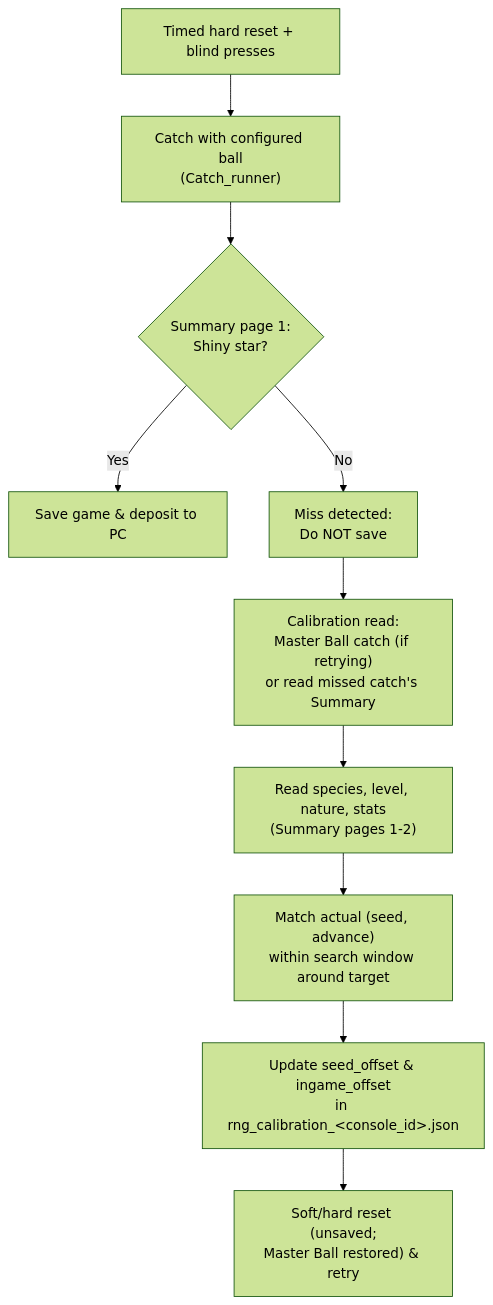
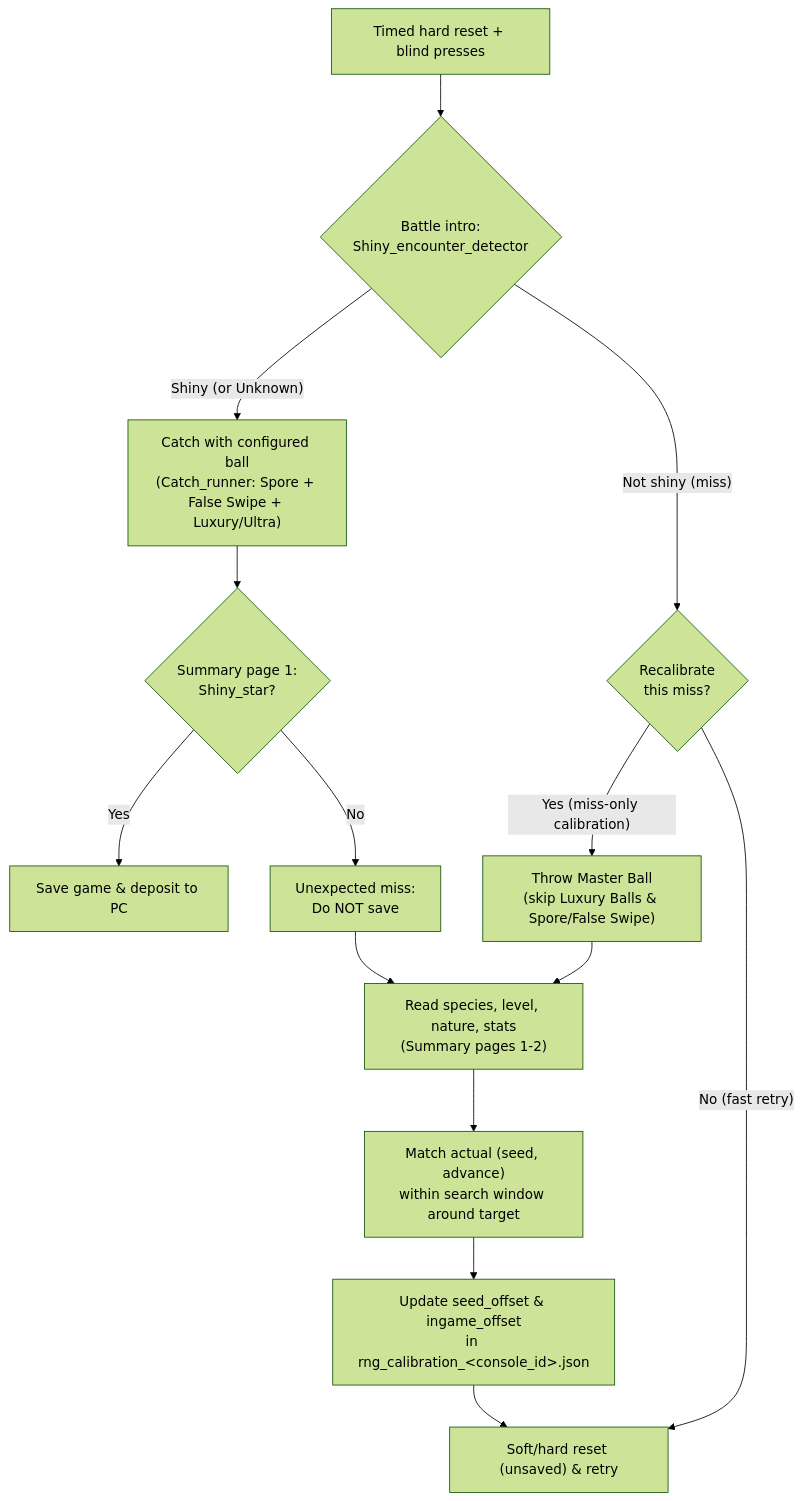
Before and after one commit to dayfine/GamePilot: the second of 2 diagrams in docs/design/FRLG-Dex-Collection.md, drawn with Mermaid (forest theme). The commit also changed other lines of this file, not shown here.

Commit message:
docs: drop National Dex framing and add FRLG visual battle-intro shiny detection

````diff
--- a/docs/design/FRLG-Dex-Collection.md
+++ b/docs/design/FRLG-Dex-Collection.md
@@ -222,12 +256,16 @@
 ```mermaid
 flowchart TD
-    A["Timed hard reset + blind presses"] --> B["Catch with configured ball<br/>(Catch_runner)"]
-    B --> C{"Summary page 1:<br/>Shiny star?"}
-    C -- Yes --> D["Save game & deposit to PC"]
-    C -- No --> E["Miss detected:<br/>Do NOT save"]
-    E --> F["Calibration read:<br/>Master Ball catch (if retrying)<br/>or read missed catch's Summary"]
-    F --> G["Read species, level, nature, stats<br/>(Summary pages 1-2)"]
-    G --> H["Match actual (seed, advance)<br/>within search window around target"]
-    H --> I["Update seed_offset & ingame_offset<br/>in rng_calibration_&lt;console_id&gt;.json"]
-    I --> J["Soft/hard reset (unsaved;<br/>Master Ball restored) & retry"]
+    A["Timed hard reset + blind presses"] --> B{"Battle intro:<br/>Shiny_encounter_detector"}
+    B -- "Shiny (or Unknown)" --> C["Catch with configured ball<br/>(Catch_runner: Spore + False Swipe + Luxury/Ultra)"]
+    C --> D{"Summary page 1:<br/>Shiny_star?"}
+    D -- Yes --> E["Save game & deposit to PC"]
+    D -- No --> F["Unexpected miss:<br/>Do NOT save"]
+    B -- "Not shiny (miss)" --> G{"Recalibrate<br/>this miss?"}
+    G -- "No (fast retry)" --> J["Soft/hard reset (unsaved) & retry"]
+    G -- "Yes (miss-only calibration)" --> H["Throw Master Ball<br/>(skip Luxury Balls & Spore/False Swipe)"]
+    H --> I["Read species, level, nature, stats<br/>(Summary pages 1-2)"]
+    F --> I
+    I --> K["Match actual (seed, advance)<br/>within search window around target"]
+    K --> L["Update seed_offset & ingame_offset<br/>in rng_calibration_&lt;console_id&gt;.json"]
+    L --> J
 ```
````
